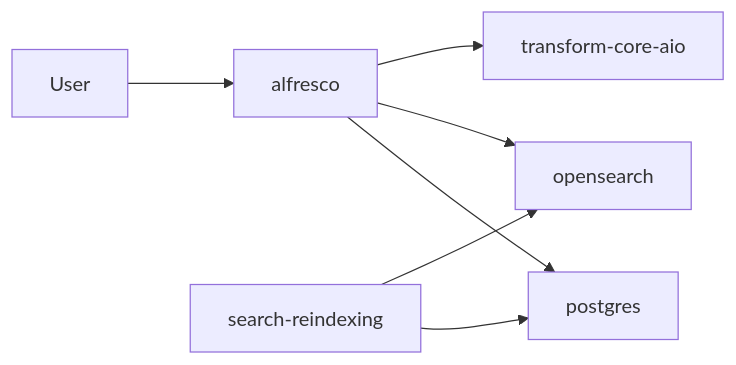
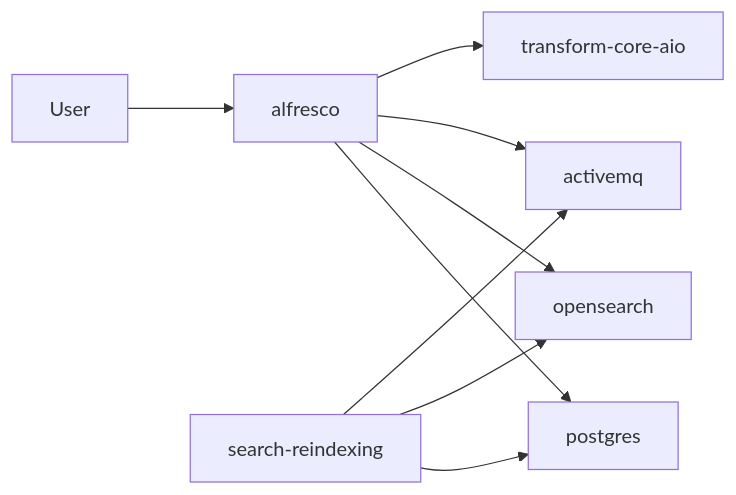
Before and after one commit to aborroy/alfresco-onprem-to-cloud-lab: the fourth of 12 diagrams in README.md, drawn with Mermaid. The commit also changed other lines of this file, not shown here.

````diff
--- a/README.md
+++ b/README.md
@@ -179,9 +187,11 @@
 ```mermaid
 flowchart LR
   user["User"] --> repo["alfresco"]
   repo --> db["postgres"]
   repo --> os["opensearch"]
+  repo --> mq["activemq"]
   repo --> aio["transform-core-aio"]
   reidx["search-reindexing"] --> db
   reidx --> os
+  reidx --> mq
 ```
````
